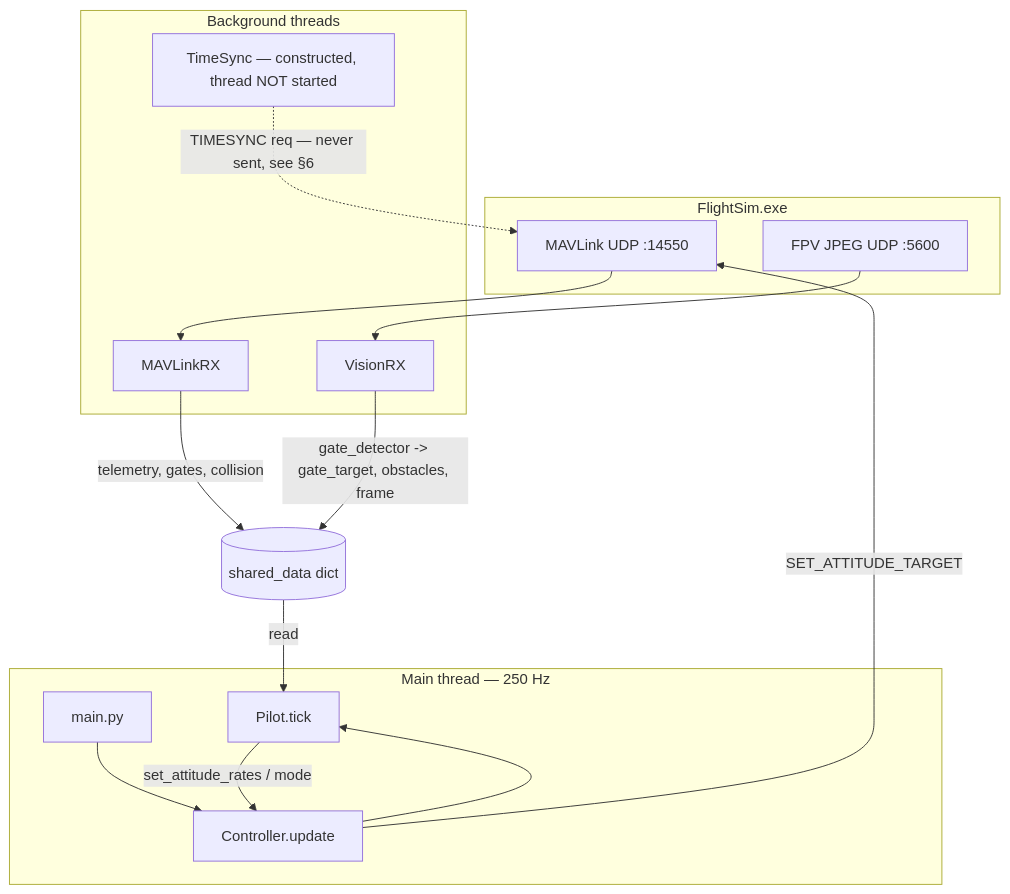
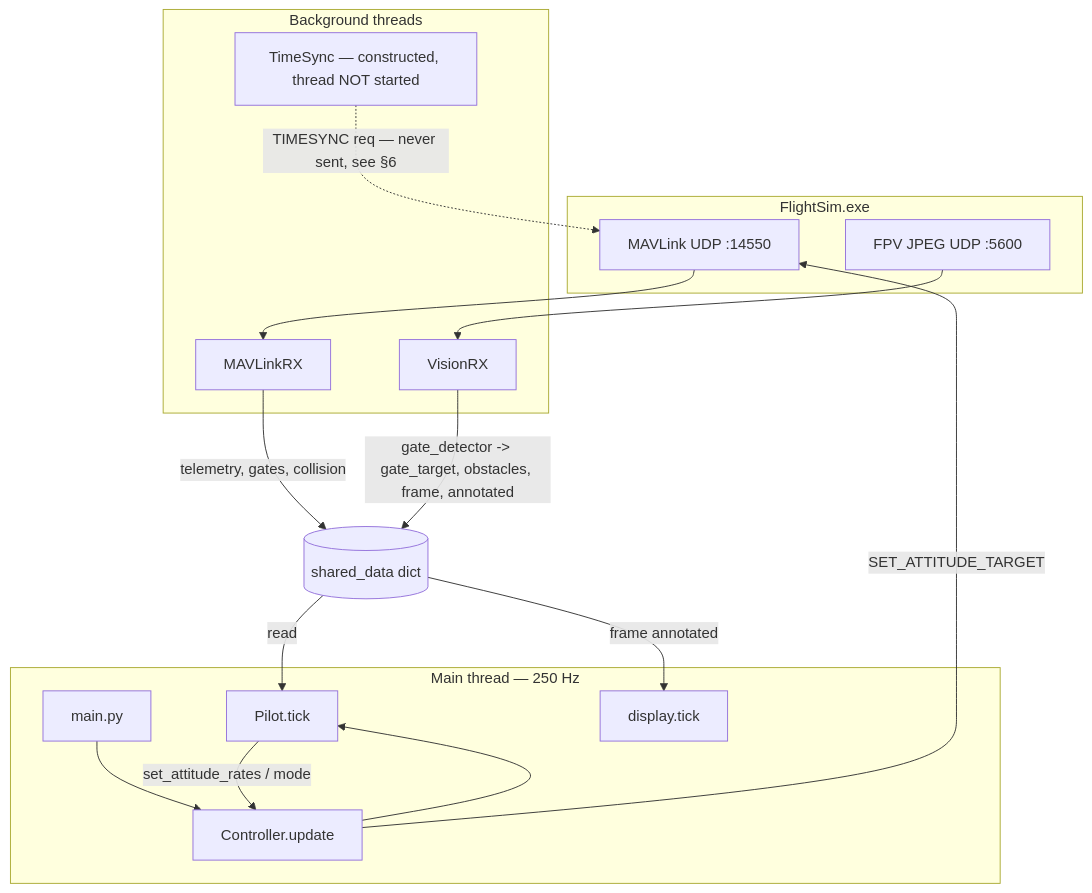
One commit to busted-bois/sim-actual changed the diagram in docs/main-documentation.md. Above: the diagram before and after it, drawn with Mermaid. The commit also changed other lines of this file, not shown here.

````diff
--- a/docs/main-documentation.md
+++ b/docs/main-documentation.md
@@ -223,32 +226,34 @@
 ```mermaid
 flowchart TB
     subgraph sim [FlightSim.exe]
         MAV[MAVLink UDP :14550]
         VID[FPV JPEG UDP :5600]
     end
 
     subgraph threads [Background threads]
         MR[MAVLinkRX]
         VR[VisionRX]
         TS[TimeSync — constructed, thread NOT started]
     end
 
     subgraph loop [Main thread — 250 Hz]
         MAIN[main.py]
         CTRL[Controller.update]
         PILOT[Pilot.tick]
+        DISP[display.tick]
     end
 
     SD[(shared_data dict)]
 
     MAV --> MR
     VID --> VR
     TS -.->|TIMESYNC req — never sent, see §6| MAV
     MR -->|telemetry, gates, collision| SD
-    VR -->|gate_detector -> gate_target, obstacles, frame| SD
+    VR -->|gate_detector -> gate_target, obstacles, frame, annotated| SD
     MAIN --> CTRL
     CTRL --> PILOT
     SD -->|read| PILOT
+    SD -->|frame annotated| DISP
     PILOT -->|set_attitude_rates / mode| CTRL
     CTRL -->|SET_ATTITUDE_TARGET| MAV
 ```
````
